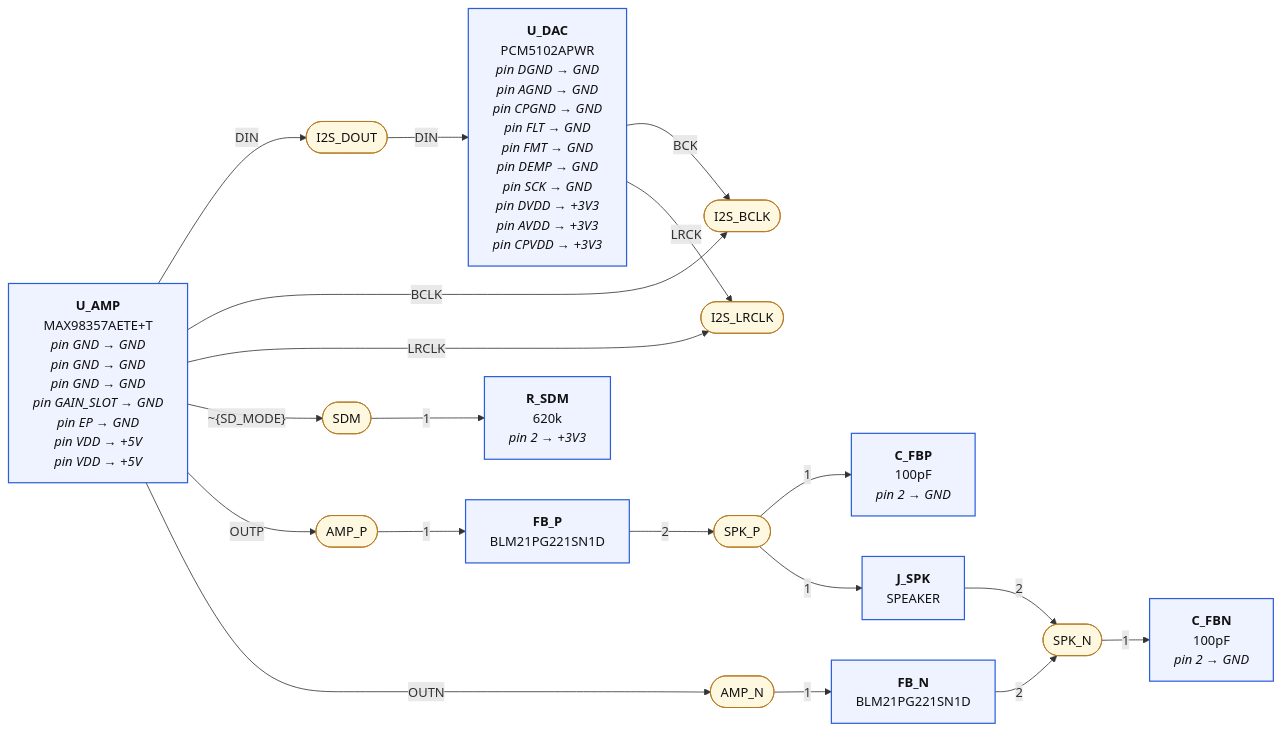
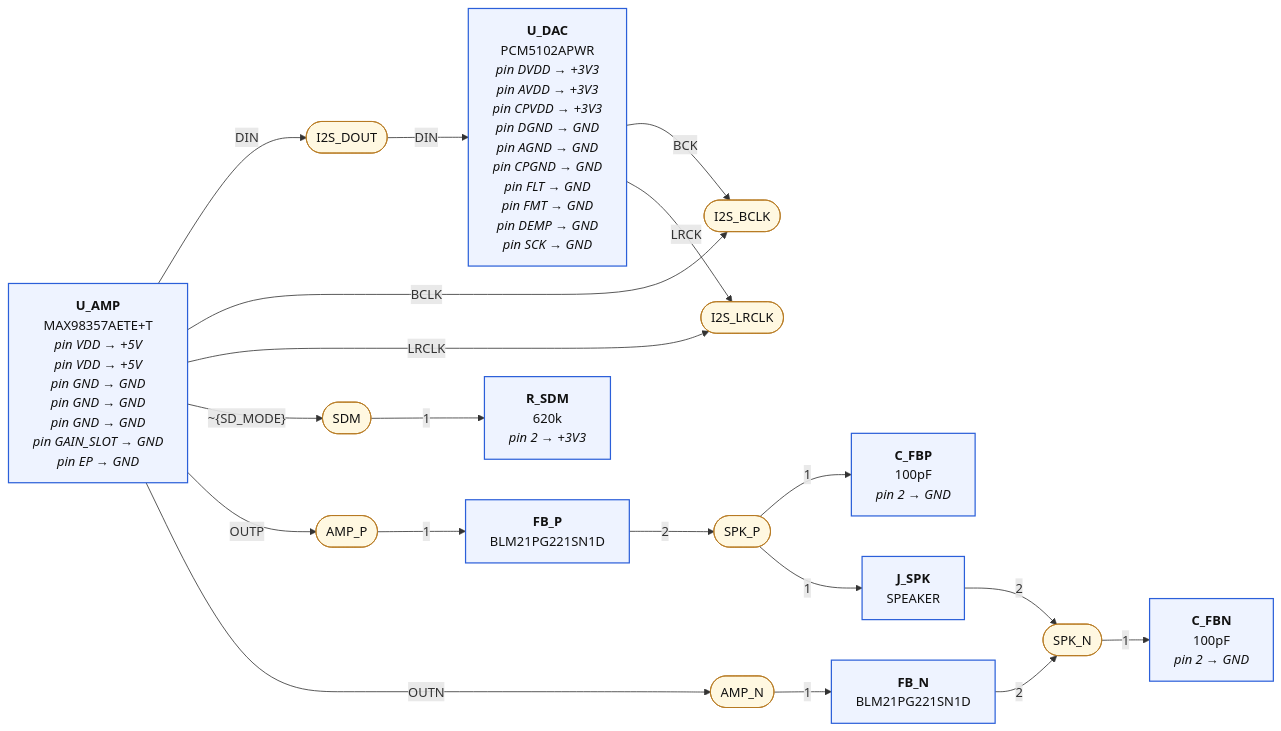
One commit to mrwillson2u/propmesh changed the first of 4 diagrams in hardware/pro/sheets/04-audio.diagram.md. Above: the diagram before and after it, drawn with Mermaid. The commit also changed other lines of this file and 44 other files, not shown here.

````diff
--- a/hardware/pro/sheets/04-audio.diagram.md
+++ b/hardware/pro/sheets/04-audio.diagram.md
@@ -7,44 +7,44 @@
 ```mermaid
 graph LR
   classDef part fill:#eef3ff,stroke:#2b5fd9,stroke-width:1.5px,color:#111
   classDef net fill:#fff8e1,stroke:#b7791f,color:#111
   classDef rail fill:#ffe0b2,stroke:#e65100,stroke-width:3px,color:#111,font-weight:bold
   classDef badnet fill:#ffe0e0,stroke:#c00,stroke-width:3px,color:#111,font-weight:bold
   classDef absent fill:#fff,stroke:#c00,stroke-width:2px,stroke-dasharray:6 4,color:#c00
   classDef extra fill:#ffecec,stroke:#c00,stroke-width:2px,color:#111
   classDef dnp fill:#f5f5f5,stroke:#999,stroke-dasharray:3 3,color:#666
   N_I2S_DOUT(["I2S_DOUT"]):::net
-  P_U_AMP["<b>U_AMP</b><br/>MAX98357AETE+T<br/><i>pin GND → GND</i><br/><i>pin GND → GND</i><br/><i>pin GND → GND</i><br/><i>pin GAIN_SLOT → GND</i><br/><i>pin EP → GND</i><br/><i>pin VDD → +5V</i><br/><i>pin VDD → +5V</i>"]:::part
+  P_U_AMP["<b>U_AMP</b><br/>MAX98357AETE+T<br/><i>pin VDD → +5V</i><br/><i>pin VDD → +5V</i><br/><i>pin GND → GND</i><br/><i>pin GND → GND</i><br/><i>pin GND → GND</i><br/><i>pin GAIN_SLOT → GND</i><br/><i>pin EP → GND</i>"]:::part
   P_U_AMP --"DIN"--> N_I2S_DOUT
-  P_U_DAC["<b>U_DAC</b><br/>PCM5102APWR<br/><i>pin DGND → GND</i><br/><i>pin AGND → GND</i><br/><i>pin CPGND → GND</i><br/><i>pin FLT → GND</i><br/><i>pin FMT → GND</i><br/><i>pin DEMP → GND</i><br/><i>pin SCK → GND</i><br/><i>pin DVDD → +3V3</i><br/><i>pin AVDD → +3V3</i><br/><i>pin CPVDD → +3V3</i>"]:::part
+  P_U_DAC["<b>U_DAC</b><br/>PCM5102APWR<br/><i>pin DVDD → +3V3</i><br/><i>pin AVDD → +3V3</i><br/><i>pin CPVDD → +3V3</i><br/><i>pin DGND → GND</i><br/><i>pin AGND → GND</i><br/><i>pin CPGND → GND</i><br/><i>pin FLT → GND</i><br/><i>pin FMT → GND</i><br/><i>pin DEMP → GND</i><br/><i>pin SCK → GND</i>"]:::part
   N_I2S_DOUT --"DIN"--> P_U_DAC
   N_I2S_BCLK(["I2S_BCLK"]):::net
   P_U_AMP --"BCLK"--> N_I2S_BCLK
   P_U_DAC --"BCK"--> N_I2S_BCLK
   N_I2S_LRCLK(["I2S_LRCLK"]):::net
   P_U_AMP --"LRCLK"--> N_I2S_LRCLK
   P_U_DAC --"LRCK"--> N_I2S_LRCLK
   N_SDM(["SDM"]):::net
   P_U_AMP --"~{SD_MODE}"--> N_SDM
   P_R_SDM["<b>R_SDM</b><br/>620k<br/><i>pin 2 → +3V3</i>"]:::part
   N_SDM --"1"--> P_R_SDM
   N_AMP_P(["AMP_P"]):::net
   P_U_AMP --"OUTP"--> N_AMP_P
   P_FB_P["<b>FB_P</b><br/>BLM21PG221SN1D"]:::part
   N_AMP_P --"1"--> P_FB_P
   N_SPK_P(["SPK_P"]):::net
   P_FB_P --"2"--> N_SPK_P
   P_C_FBP["<b>C_FBP</b><br/>100pF<br/><i>pin 2 → GND</i>"]:::part
   N_SPK_P --"1"--> P_C_FBP
   P_J_SPK["<b>J_SPK</b><br/>SPEAKER"]:::part
   N_SPK_P --"1"--> P_J_SPK
   N_AMP_N(["AMP_N"]):::net
   P_U_AMP --"OUTN"--> N_AMP_N
   P_FB_N["<b>FB_N</b><br/>BLM21PG221SN1D"]:::part
   N_AMP_N --"1"--> P_FB_N
   N_SPK_N(["SPK_N"]):::net
   P_FB_N --"2"--> N_SPK_N
   P_C_FBN["<b>C_FBN</b><br/>100pF<br/><i>pin 2 → GND</i>"]:::part
   N_SPK_N --"1"--> P_C_FBN
   P_J_SPK --"2"--> N_SPK_N
 ```
````
